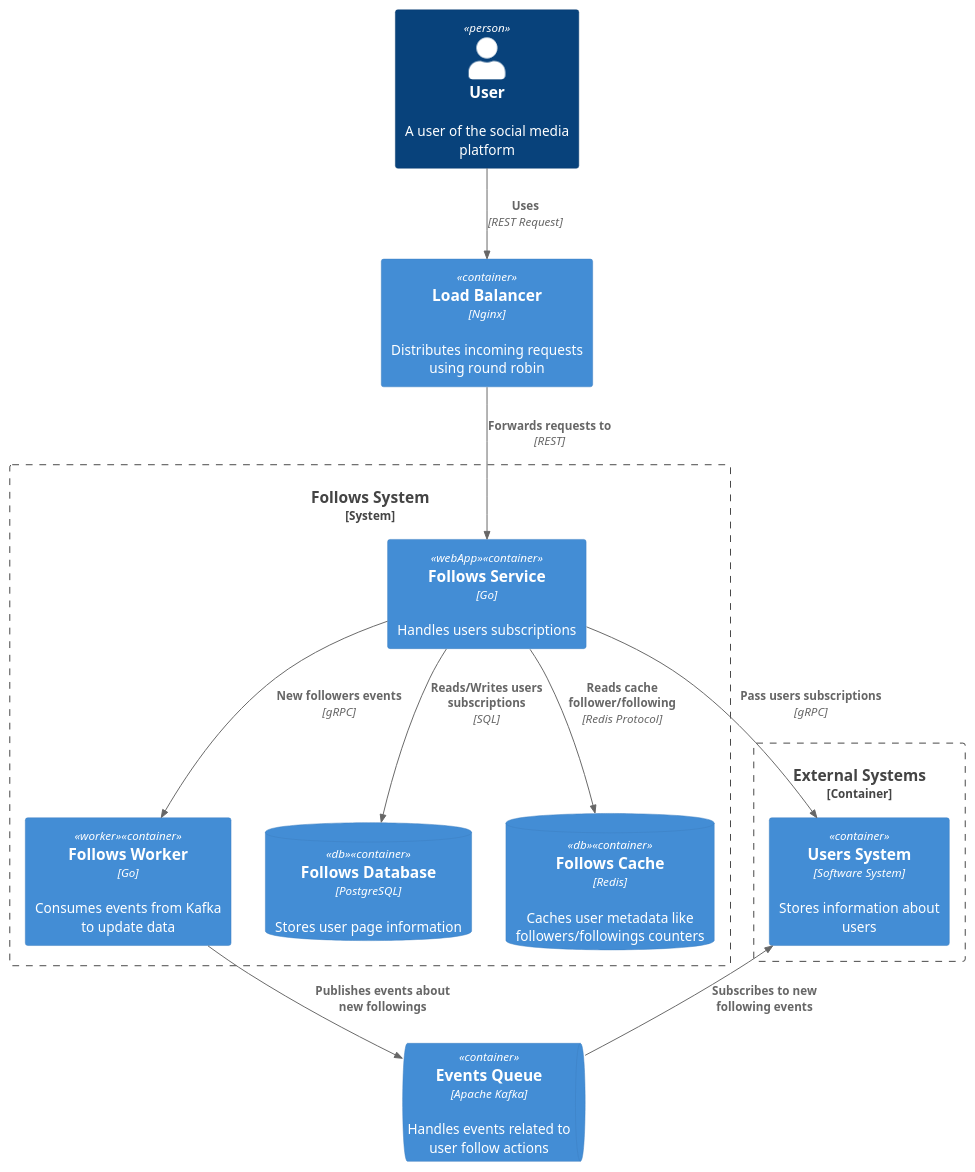
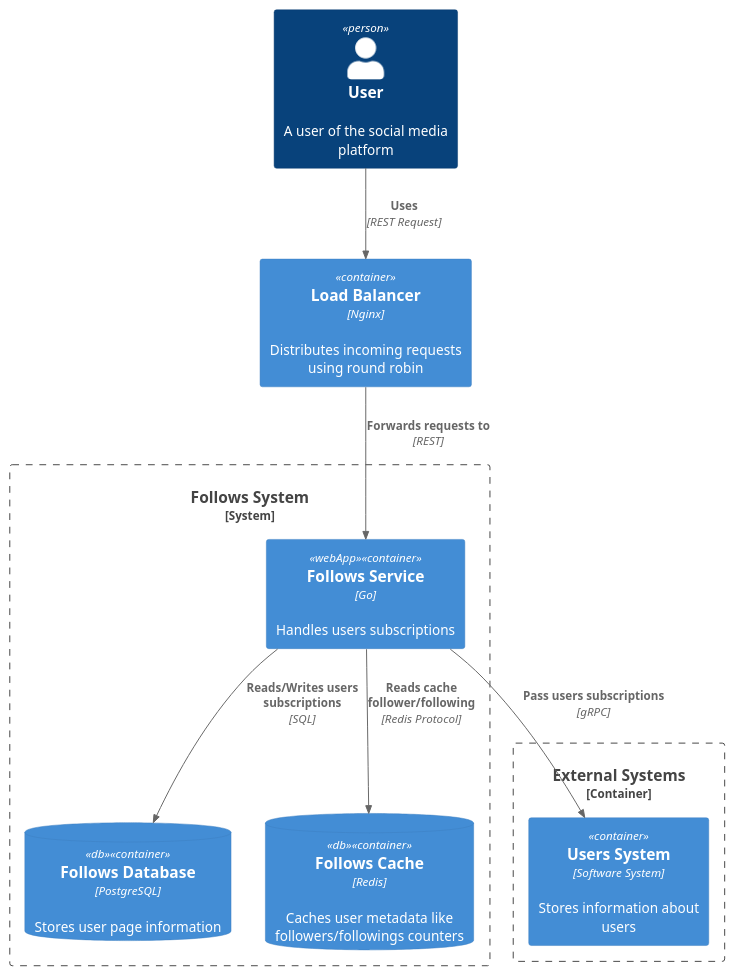
One commit to Sly-al/social_network_system_design changed the diagram in architecture/follows/follows.puml. Above: the diagram before and after it, drawn with PlantUML. The commit also changed 9 other files, not shown here.

```diff
--- a/architecture/follows/follows.puml
+++ b/architecture/follows/follows.puml
@@ -1,33 +1,27 @@
 @startuml
 !include https://raw.githubusercontent.com/plantuml-stdlib/C4-PlantUML/master/C4_Container.puml
 
 Person(user, "User", "A user of the social media platform")
 
 Container(loadBalancer, "Load Balancer", "Nginx", "Distributes incoming requests using round robin")
 
 System_Boundary(followsSystem, "Follows System") {
     Container(followsService, "Follows Service", "Go", "Handles users subscriptions", $tags="webApp")
-    Container(followsWorker, "Follows Worker", "Go", "Consumes events from Kafka to update data", $tags="worker")
     ContainerDb(followsDatabase, "Follows Database", "PostgreSQL", "Stores user page information", $tags="db")
     ContainerDb(followsCache, "Follows Cache", "Redis", "Caches user metadata like followers/followings counters", $tags="db")
 }
 
 Container_Boundary(externalSystems, "External Systems") {
     Container(usersSystem, "Users System", "Software System", "Stores information about users")
 }
 
-ContainerQueue(messageQueue, "Events Queue", "Apache Kafka", "Handles events related to user follow actions")
 
 Rel(user, loadBalancer, "Uses", "REST Request")
 Rel(loadBalancer, followsService, "Forwards requests to", "REST")
 
 Rel(followsService, followsDatabase, "Reads/Writes users subscriptions", "SQL")
 Rel(followsService, followsCache, "Reads cache follower/following", "Redis Protocol")
-Rel(followsService, followsWorker, "New followers events", "gRPC")
 
 Rel(followsService, usersSystem, "Pass users subscriptions", "gRPC")
 
-Rel_D(followsWorker, messageQueue, "Publishes events about new followings")
-Rel_U(messageQueue, usersSystem, "Subscribes to new following events")
-
 @enduml
```
